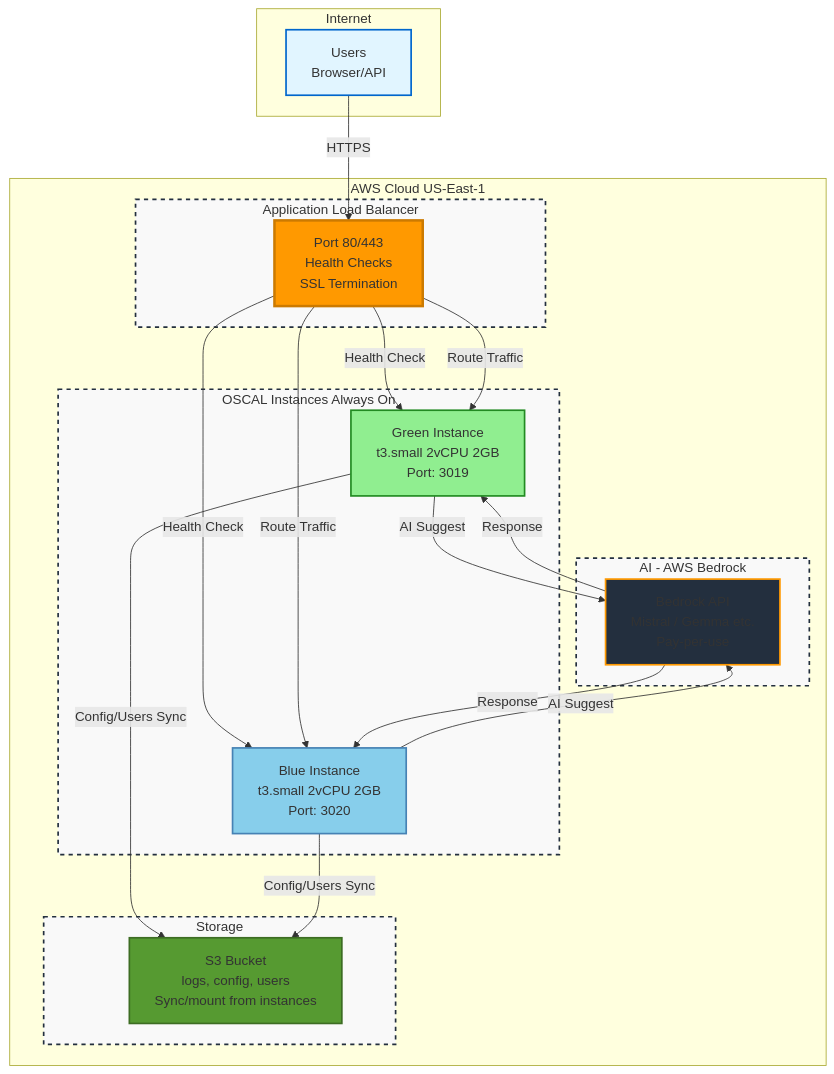
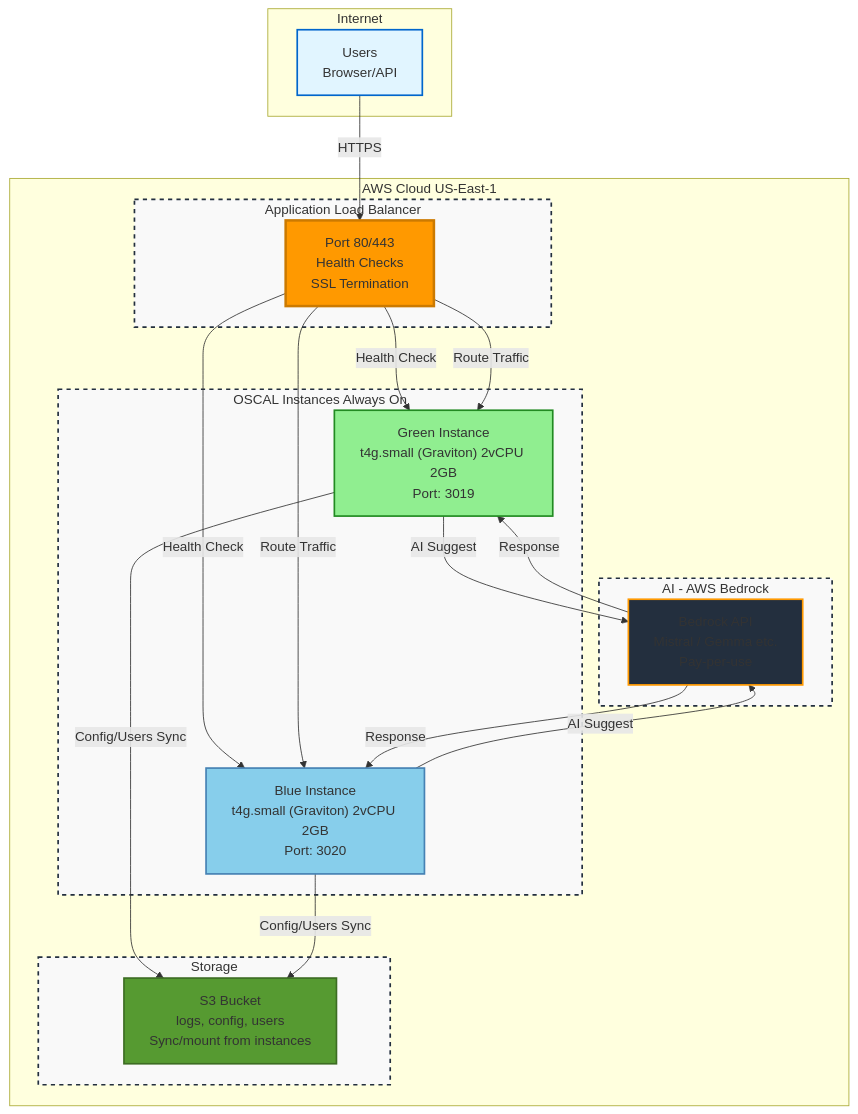
One commit to adobe/OSCAL-Reports changed the diagram in docs/diagrams/aws-auto-scaling-architecture.mmd. Above: the diagram before and after it, drawn with Mermaid. The commit also changed 69 other files, not shown here.

```diff
--- a/docs/diagrams/aws-auto-scaling-architecture.mmd
+++ b/docs/diagrams/aws-auto-scaling-architecture.mmd
@@ -1,47 +1,47 @@
 flowchart TB
     subgraph Internet["Internet"]
         Users["Users<br/>Browser/API"]
     end
 
     subgraph AWS["AWS Cloud US-East-1"]
         subgraph LoadBalancer["Application Load Balancer"]
             ALB["Port 80/443<br/>Health Checks<br/>SSL Termination"]
         end
 
         subgraph OSCAL["OSCAL Instances Always On"]
-            Green["Green Instance<br/>t3.small 2vCPU 2GB<br/>Port: 3019"]
-            Blue["Blue Instance<br/>t3.small 2vCPU 2GB<br/>Port: 3020"]
+            Green["Green Instance<br/>t4g.small (Graviton) 2vCPU 2GB<br/>Port: 3019"]
+            Blue["Blue Instance<br/>t4g.small (Graviton) 2vCPU 2GB<br/>Port: 3020"]
         end
 
         subgraph Storage["Storage"]
             S3["S3 Bucket<br/>logs, config, users<br/>Sync/mount from instances"]
         end
 
         subgraph AI["AI - AWS Bedrock"]
             Bedrock["Bedrock API<br/>Mistral / Gemma etc.<br/>Pay-per-use"]
         end
     end
 
     Users -->|HTTPS| ALB
     ALB -->|Health Check| Green
     ALB -->|Health Check| Blue
     ALB -->|Route Traffic| Green
     ALB -->|Route Traffic| Blue
 
     Green -->|Config/Users Sync| S3
     Blue -->|Config/Users Sync| S3
 
     Green -->|AI Suggest| Bedrock
     Blue -->|AI Suggest| Bedrock
     Bedrock -->|Response| Green
     Bedrock -->|Response| Blue
 
     style Users fill:#e1f5ff,stroke:#0066cc,stroke-width:2px
     style ALB fill:#ff9900,stroke:#cc7a00,stroke-width:3px
     style Green fill:#90EE90,stroke:#228B22,stroke-width:2px
     style Blue fill:#87CEEB,stroke:#4682B4,stroke-width:2px
     style S3 fill:#569A31,stroke:#3d6d23,stroke-width:2px
     style Bedrock fill:#232F3E,stroke:#ff9900,stroke-width:2px
 
     classDef awsGroup fill:#f9f9f9,stroke:#232F3E,stroke-width:2px,stroke-dasharray: 5 5
     class LoadBalancer,OSCAL,Storage,AI awsGroup
```
